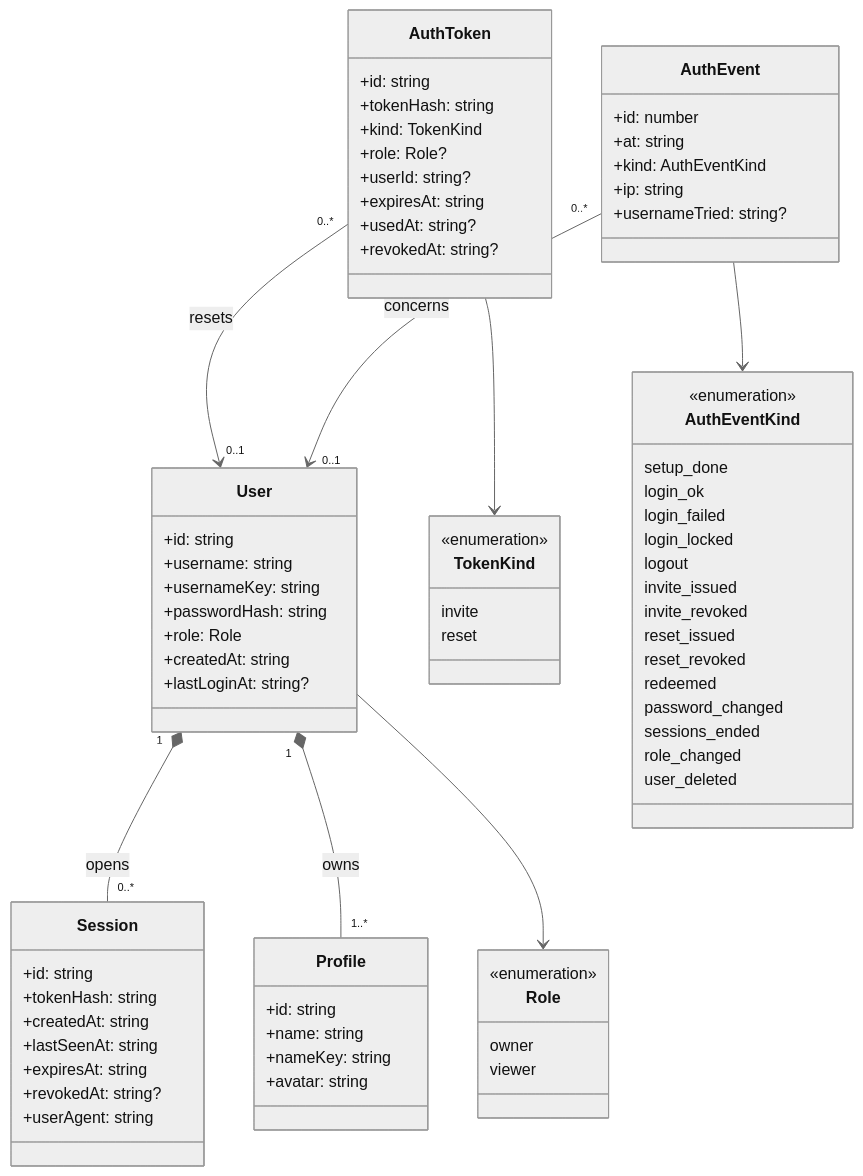
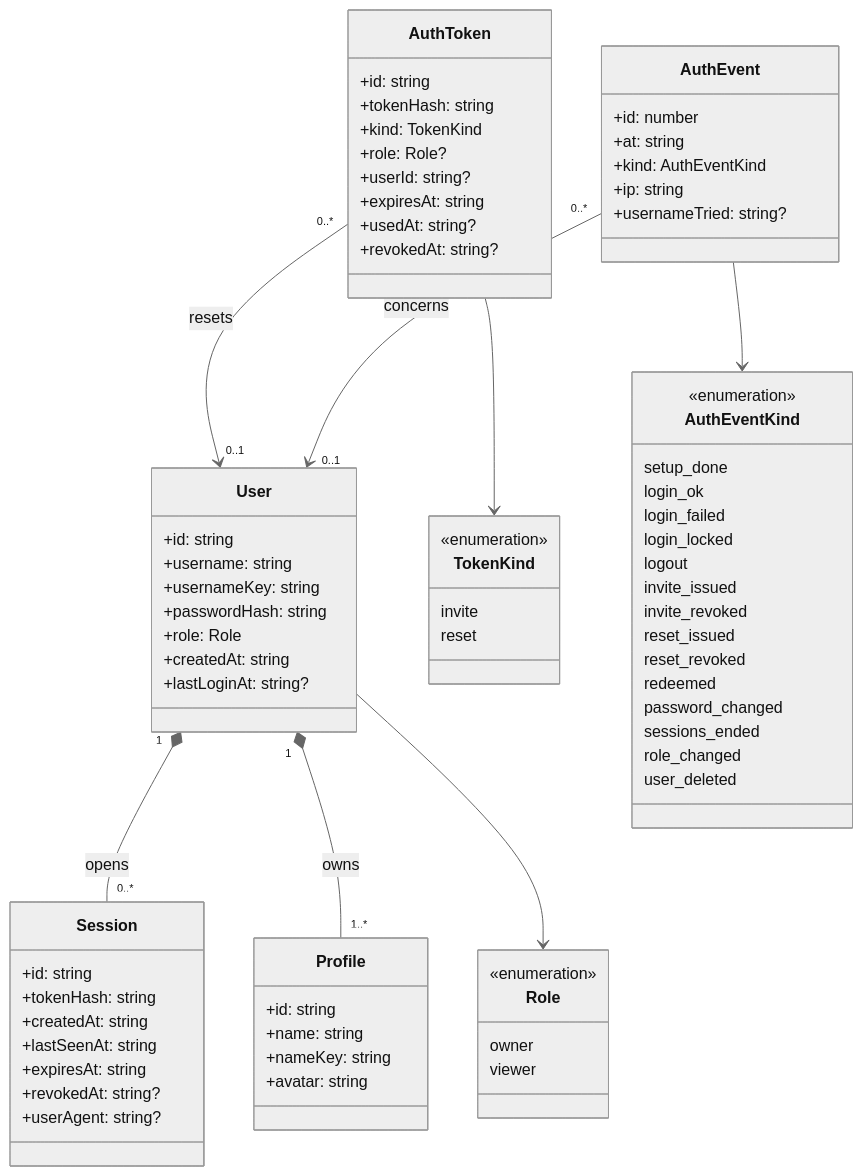
The diagram in docs/architecture/diagrams/auth/04-class.md (benoit-bremaud/popcorntv), drawn with Mermaid (neutral theme) before and after one commit. The commit also changed 3 other files, not shown here.

````diff
--- a/docs/architecture/diagrams/auth/04-class.md
+++ b/docs/architecture/diagrams/auth/04-class.md
@@ -13,79 +13,79 @@
 ```mermaid
 classDiagram
   class User {
     +id: string
     +username: string
     +usernameKey: string
     +passwordHash: string
     +role: Role
     +createdAt: string
     +lastLoginAt: string?
   }
   class Role {
     <<enumeration>>
     owner
     viewer
   }
   class Session {
     +id: string
     +tokenHash: string
     +createdAt: string
     +lastSeenAt: string
     +expiresAt: string
     +revokedAt: string?
-    +userAgent: string
+    +userAgent: string?
   }
   class AuthToken {
     +id: string
     +tokenHash: string
     +kind: TokenKind
     +role: Role?
     +userId: string?
     +expiresAt: string
     +usedAt: string?
     +revokedAt: string?
   }
   class TokenKind {
     <<enumeration>>
     invite
     reset
   }
   class AuthEvent {
     +id: number
     +at: string
     +kind: AuthEventKind
     +ip: string
     +usernameTried: string?
   }
   class AuthEventKind {
     <<enumeration>>
     setup_done
     login_ok
     login_failed
     login_locked
     logout
     invite_issued
     invite_revoked
     reset_issued
     reset_revoked
     redeemed
     password_changed
     sessions_ended
     role_changed
     user_deleted
   }
   class Profile {
     +id: string
     +name: string
     +nameKey: string
     +avatar: string
   }
 
   User "1" *-- "0..*" Session : opens
   User "1" *-- "1..*" Profile : owns
   AuthToken "0..*" --> "0..1" User : resets
   AuthEvent "0..*" --> "0..1" User : concerns
   User --> Role
   AuthToken --> TokenKind
   AuthEvent --> AuthEventKind
 ```
````
